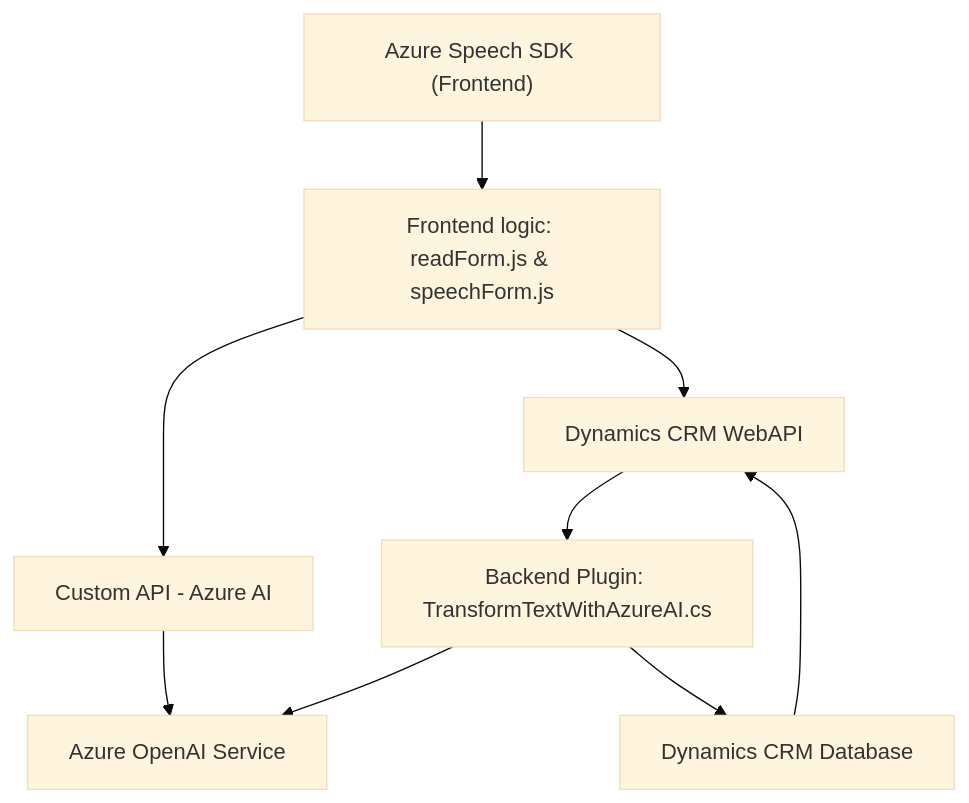
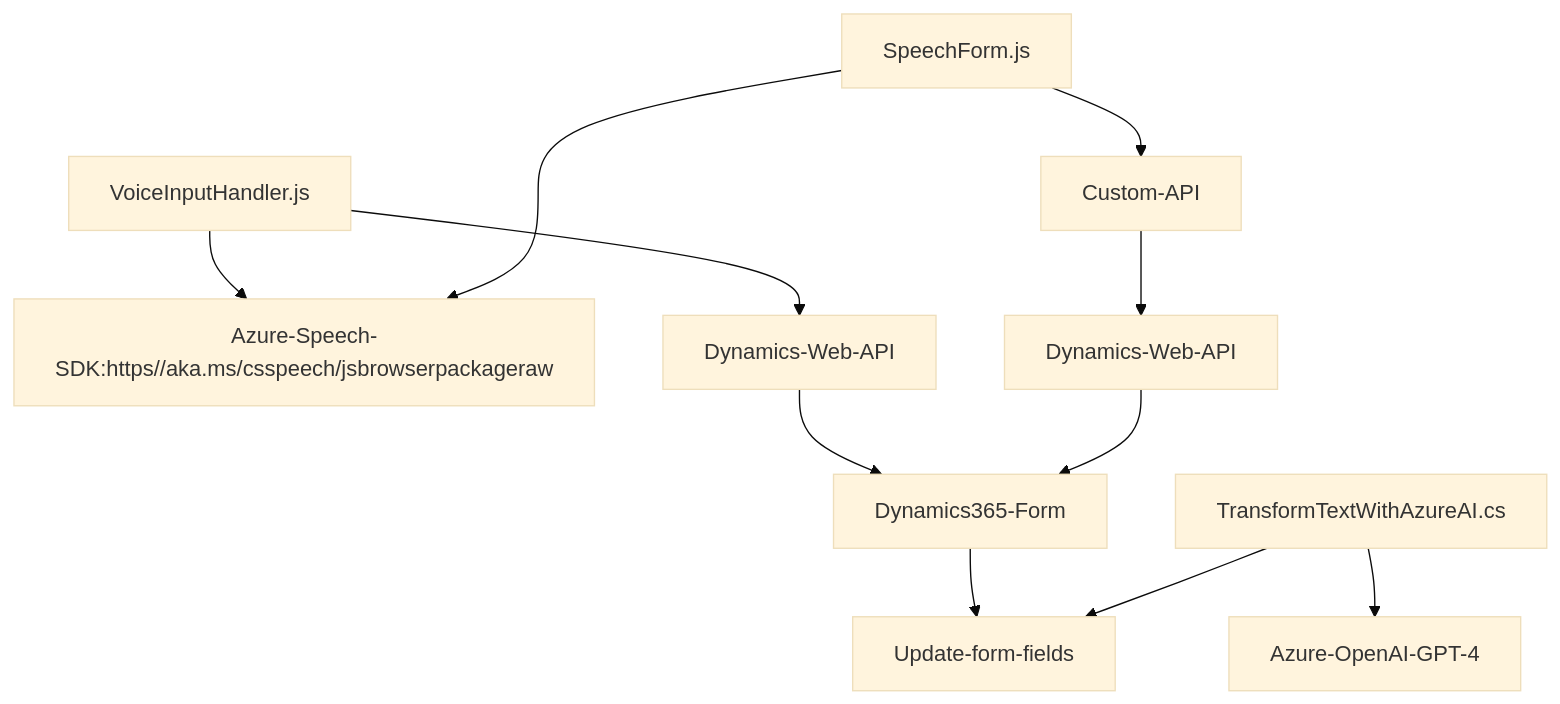
One commit to blopezdm/NETCORE_BILBAO2025 changed the diagram in README.md. Above: the diagram before and after it, drawn with Mermaid (base theme). The commit also changed other lines of this file, not shown here.

````diff
--- a/README.md
+++ b/README.md
@@ -30,11 +66,13 @@
 ```mermaid
 graph TD
-    A["Azure Speech SDK (Frontend)"] --> B["Frontend logic: readForm.js & speechForm.js"]
-    B --> C["Dynamics CRM WebAPI"]
-    B --> D["Custom API - Azure AI"]
-    D --> E["Azure OpenAI Service"]
-    C --> F["Backend Plugin: TransformTextWithAzureAI.cs"]
-    F --> E
-    G["Dynamics CRM Database"] --> C
-    F --> G
+  A["VoiceInputHandler.js"] --> B["Azure-Speech-SDK:https//aka.ms/csspeech/jsbrowserpackageraw"]
+  A --> C["Dynamics-Web-API"]
+  C --> D["Dynamics365-Form"]
+  E["SpeechForm.js"] --> B
+  E --> F["Custom-API"]
+  F --> G["Dynamics-Web-API"]
+  G --> D
+  D --> J["Update-form-fields"]
+  H["TransformTextWithAzureAI.cs"] --> I["Azure-OpenAI-GPT-4"]
+  H --> J
 ```
````
